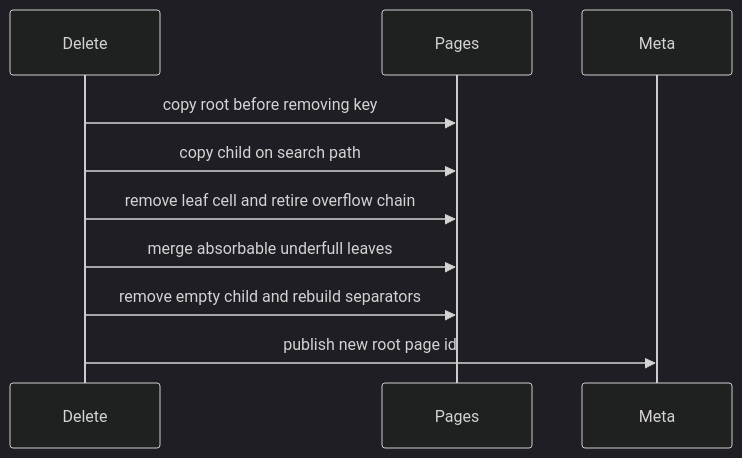
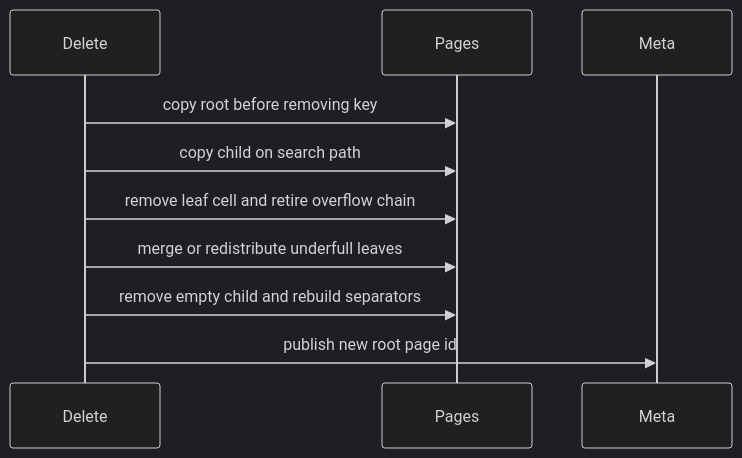
One commit to hadamrd/cow-btree-course changed the fourth of 8 diagrams in docs/06-page-backed-cow.md. Above: the diagram before and after it, drawn with Mermaid (dark theme). The commit also changed other lines of this file and 6 other files, not shown here.

Commit message:
feat: redistribute underfull btree leaves on delete

````diff
--- a/docs/06-page-backed-cow.md
+++ b/docs/06-page-backed-cow.md
@@ -96,12 +96,12 @@
 ```mermaid
 sequenceDiagram
     participant Delete
     participant Pages
     participant Meta
     Delete->>Pages: copy root before removing key
     Delete->>Pages: copy child on search path
     Delete->>Pages: remove leaf cell and retire overflow chain
-    Delete->>Pages: merge absorbable underfull leaves
+    Delete->>Pages: merge or redistribute underfull leaves
     Delete->>Pages: remove empty child and rebuild separators
     Delete->>Meta: publish new root page id
 ```
````
